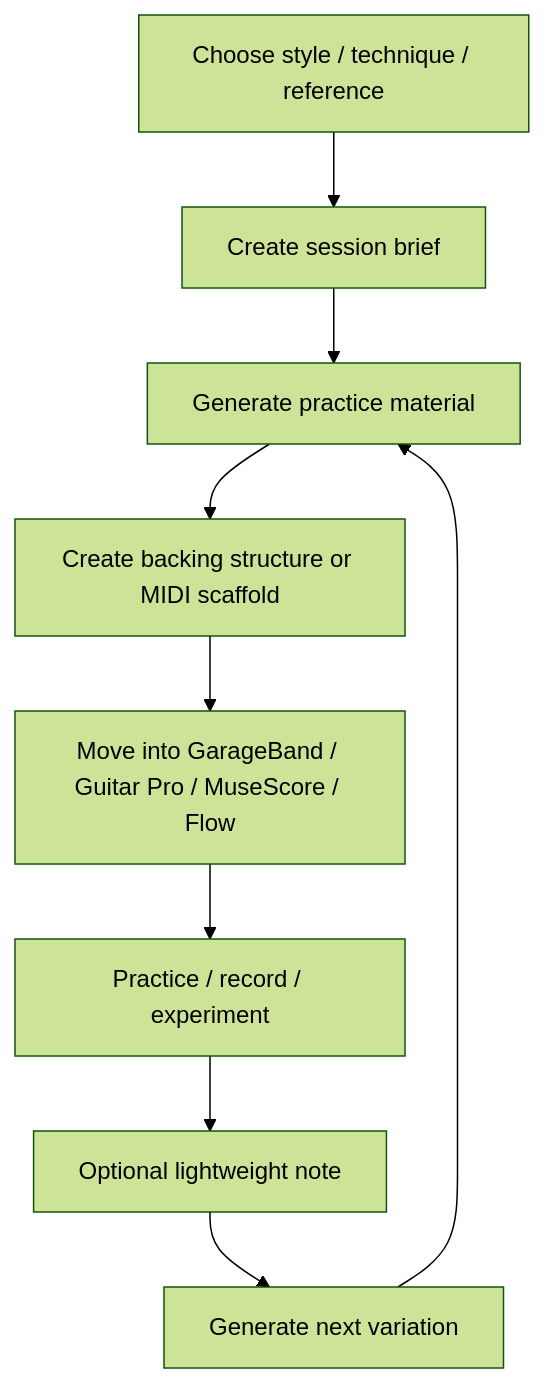
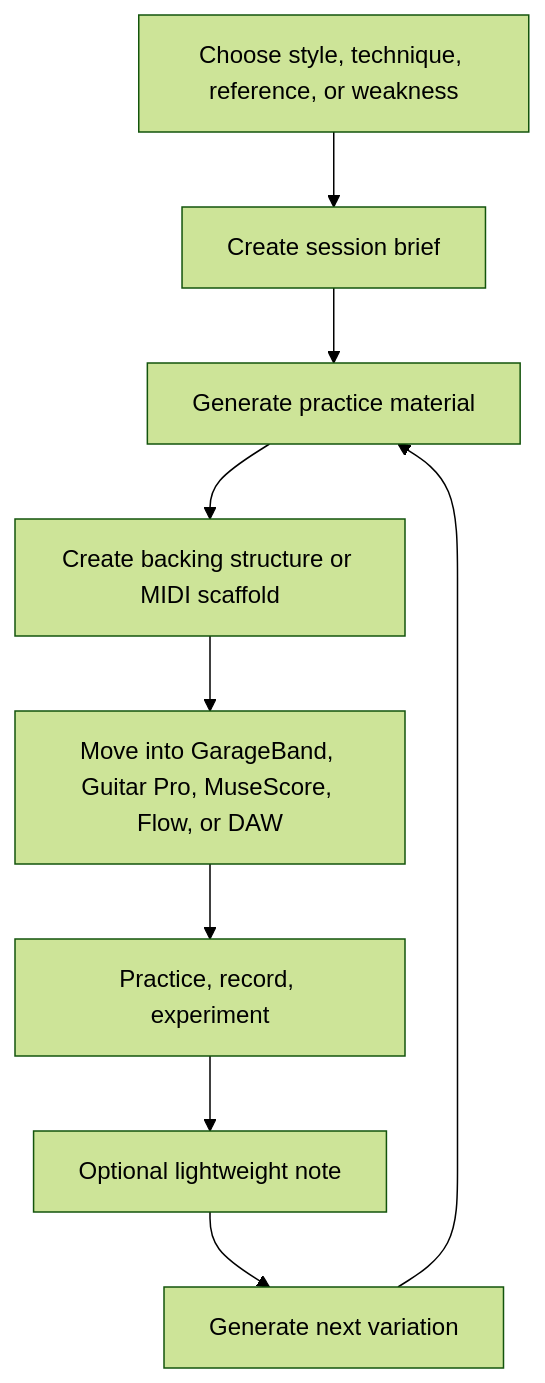
The diagram in README.md (ryjen/guitar-practice-system), drawn with Mermaid (forest theme) before and after one commit. The commit also changed other lines of this file, not shown here.

````diff
--- a/README.md
+++ b/README.md
@@ -55,11 +56,11 @@
 ```mermaid
 flowchart TD
-    A[Choose style / technique / reference] --> B[Create session brief]
+    A[Choose style, technique, reference, or weakness] --> B[Create session brief]
     B --> C[Generate practice material]
     C --> D[Create backing structure or MIDI scaffold]
-    D --> E[Move into GarageBand / Guitar Pro / MuseScore / Flow]
-    E --> F[Practice / record / experiment]
+    D --> E[Move into GarageBand, Guitar Pro, MuseScore, Flow, or DAW]
+    E --> F[Practice, record, experiment]
     F --> G[Optional lightweight note]
     G --> H[Generate next variation]
     H --> C
 ```
````
